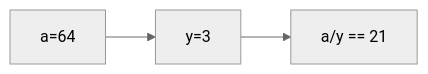
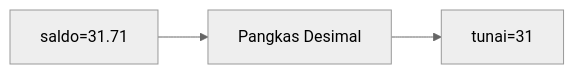
One commit to amnahwaida/OSNK_INF_PREP changed the ninth of 25 diagrams in part-c-pemahaman-cpp/01-tipe-data/latihan/set-09.md. Above: the diagram before and after it, drawn with Mermaid (neutral theme). The commit also changed other lines of this file and 71 other files, not shown here.

````diff
--- a/part-c-pemahaman-cpp/01-tipe-data/latihan/set-09.md
+++ b/part-c-pemahaman-cpp/01-tipe-data/latihan/set-09.md
@@ -240,5 +250,5 @@
 ```mermaid
 graph LR
-A["a=64"] --> B["y=3"]
-B --> C["a/y == 21"]
+A["saldo=31.71"] --> B["Pangkas Desimal"]
+B --> C["tunai=31"]
 ```
````
